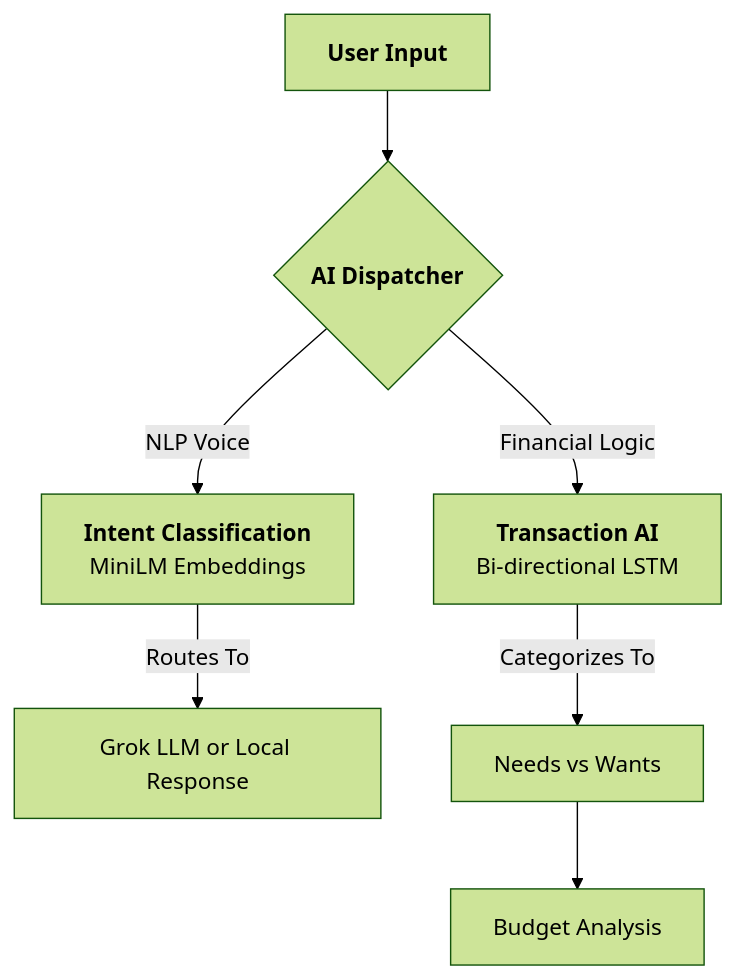
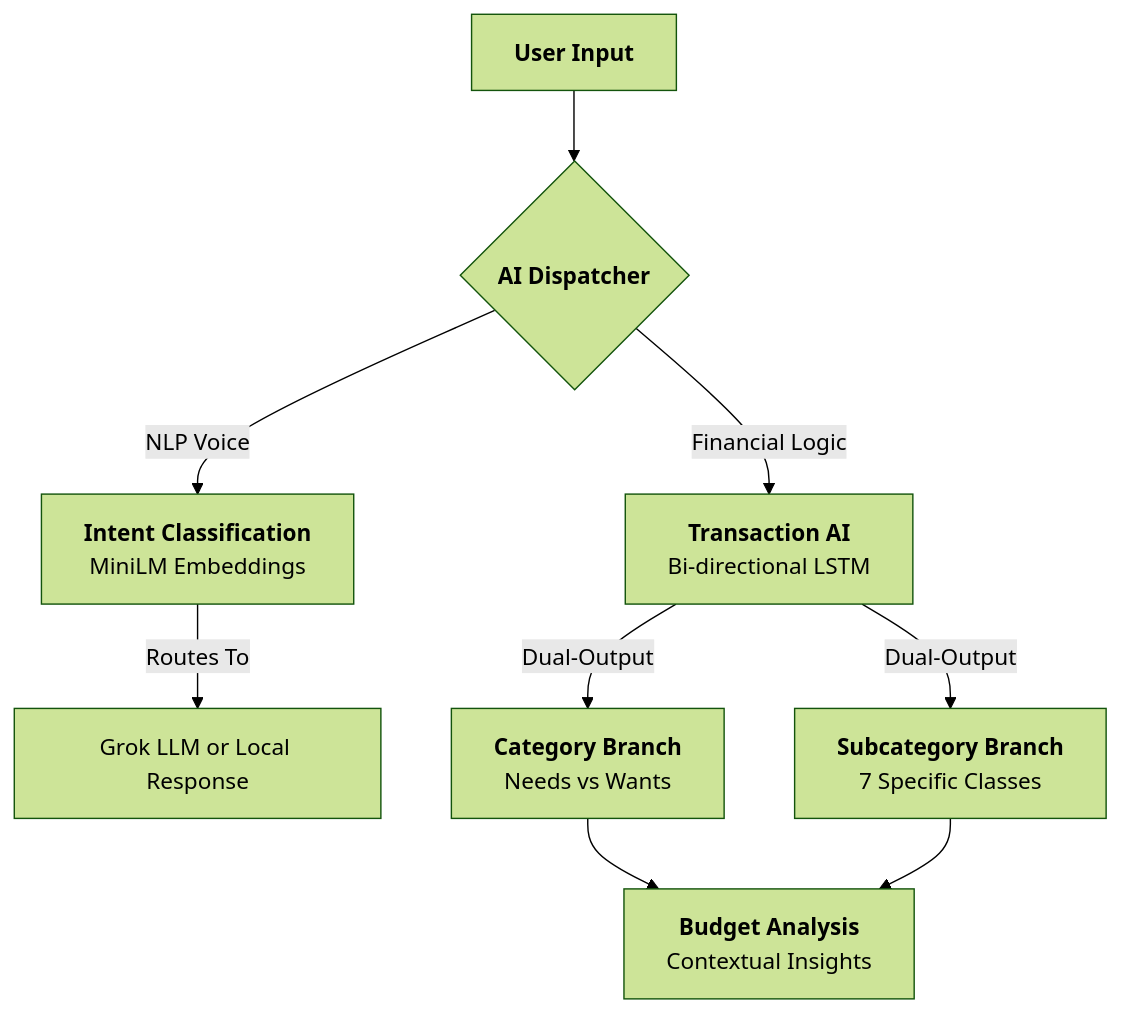
Before and after one commit to izwanGit/beruang-ai-backend: the diagram in README.md, drawn with Mermaid (forest theme). The commit also changed other lines of this file, not shown here.

Commit message:
docs: Refine architecture diagrams to show subcategory branches and add overfitting stability proof

````diff
--- a/README.md
+++ b/README.md
@@ -25,9 +25,10 @@
 ```mermaid
 graph TD
     A[<b>User Input</b>] --> B{<b>AI Dispatcher</b>}
     B -->|NLP Voice| C[<b>Intent Classification</b><br/>MiniLM Embeddings]
     B -->|Financial Logic| D[<b>Transaction AI</b><br/>Bi-directional LSTM]
     C -->|Routes To| E[Grok LLM or Local Response]
-    D -->|Categorizes To| F[Needs vs Wants]
-    F --> G[Budget Analysis]
+    D -->|Dual-Output| F[<b>Category Branch</b><br/>Needs vs Wants]
+    D -->|Dual-Output| G[<b>Subcategory Branch</b><br/>7 Specific Classes]
+    F & G --> H[<b>Budget Analysis</b><br/>Contextual Insights]
 ```
````
